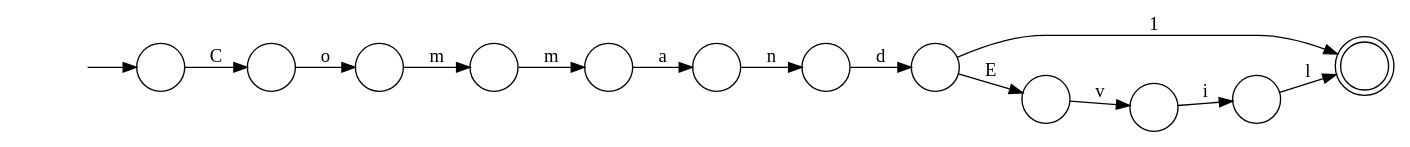
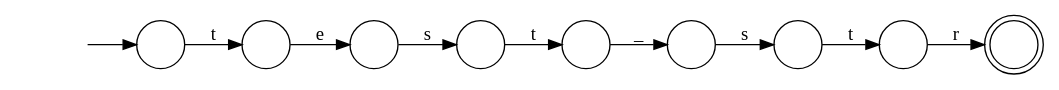
Before and after one commit to SeanCoek/string_relavent: the diagram in Automatons/0.dot, drawn with Graphviz. The commit also changed 49 other files, not shown here.

```diff
--- a/Automatons/0.dot
+++ b/Automatons/0.dot
@@ -1,29 +1,22 @@
 digraph Automaton {
   rankdir = LR;
   0 [shape=circle,label=""];
-  0 -> 10 [label="m"]
-  1 [shape=doublecircle,label=""];
-  2 [shape=circle,label=""];
-  2 -> 11 [label="v"]
+  0 -> 3 [label="t"]
+  1 [shape=circle,label=""];
+  1 -> 0 [label="s"]
+  2 [shape=doublecircle,label=""];
   3 [shape=circle,label=""];
-  3 -> 4 [label="a"]
+  3 -> 4 [label="_"]
   4 [shape=circle,label=""];
-  4 -> 8 [label="n"]
+  4 -> 5 [label="s"]
   5 [shape=circle,label=""];
-  5 -> 1 [label="1"]
-  5 -> 2 [label="E"]
+  5 -> 8 [label="t"]
   6 [shape=circle,label=""];
-  6 -> 1 [label="l"]
+  initial [shape=plaintext,label=""];
+  initial -> 6
+  6 -> 7 [label="t"]
   7 [shape=circle,label=""];
-  initial [shape=plaintext,label=""];
-  initial -> 7
-  7 -> 9 [label="C"]
+  7 -> 1 [label="e"]
   8 [shape=circle,label=""];
-  8 -> 5 [label="d"]
-  9 [shape=circle,label=""];
-  9 -> 0 [label="o"]
-  10 [shape=circle,label=""];
-  10 -> 3 [label="m"]
-  11 [shape=circle,label=""];
-  11 -> 6 [label="i"]
+  8 -> 2 [label="r"]
 }
```
